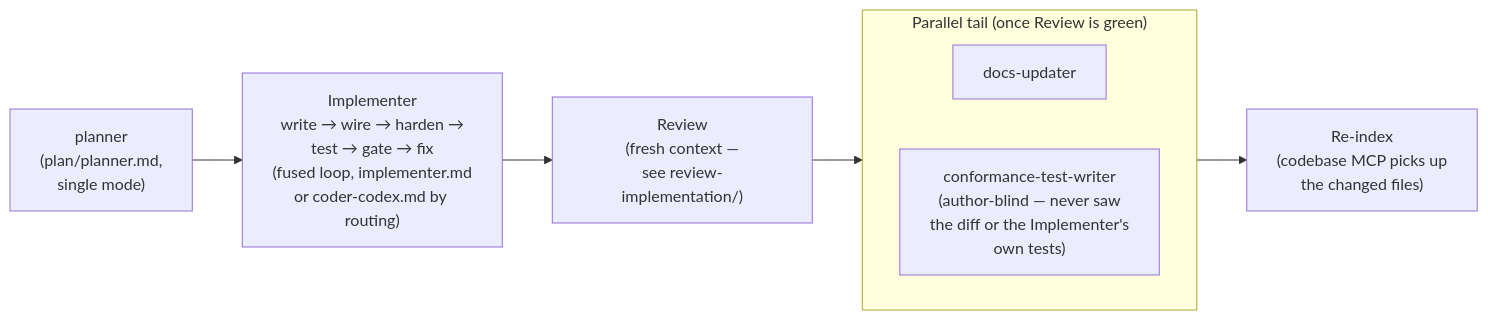
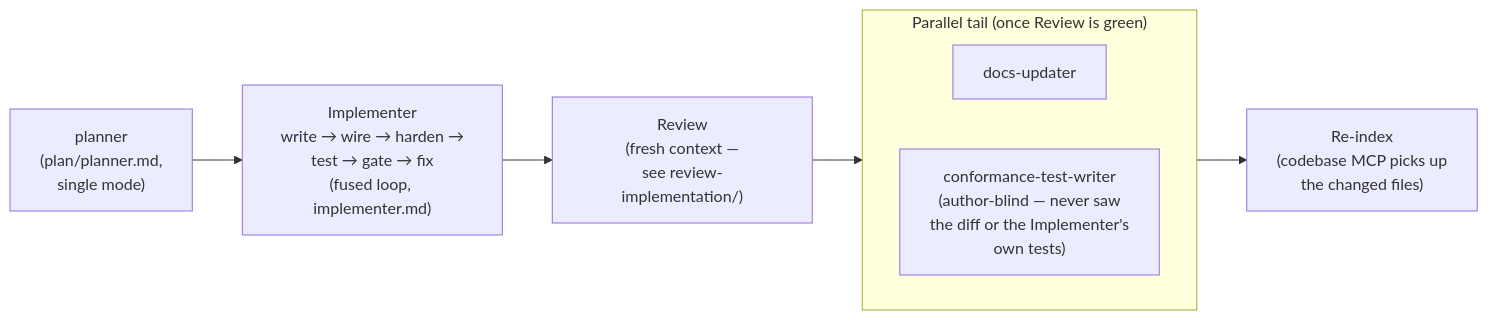
The diagram in agents/implementation/README.md (nodera-studio/agent-os), drawn with Mermaid before and after one commit. The commit also changed other lines of this file and 8 other files, not shown here.

````diff
--- a/agents/implementation/README.md
+++ b/agents/implementation/README.md
@@ -8,14 +8,14 @@
 ```mermaid
 flowchart LR
-    P["planner<br/>(plan/planner.md,<br/>single mode)"] --> I["Implementer<br/>write → wire → harden →<br/>test → gate → fix<br/>(fused loop, implementer.md<br/>or coder-codex.md by routing)"]
+    P["planner<br/>(plan/planner.md,<br/>single mode)"] --> I["Implementer<br/>write → wire → harden →<br/>test → gate → fix<br/>(fused loop, implementer.md)"]
     I --> RV["Review<br/>(fresh context —<br/>see review-implementation/)"]
     RV --> TAIL
 
     subgraph TAIL["Parallel tail (once Review is green)"]
         direction LR
         D["docs-updater"]
         C["conformance-test-writer<br/>(author-blind — never saw<br/>the diff or the Implementer's<br/>own tests)"]
     end
 
     TAIL --> RE["Re-index<br/>(codebase MCP picks up<br/>the changed files)"]
 ```
````
